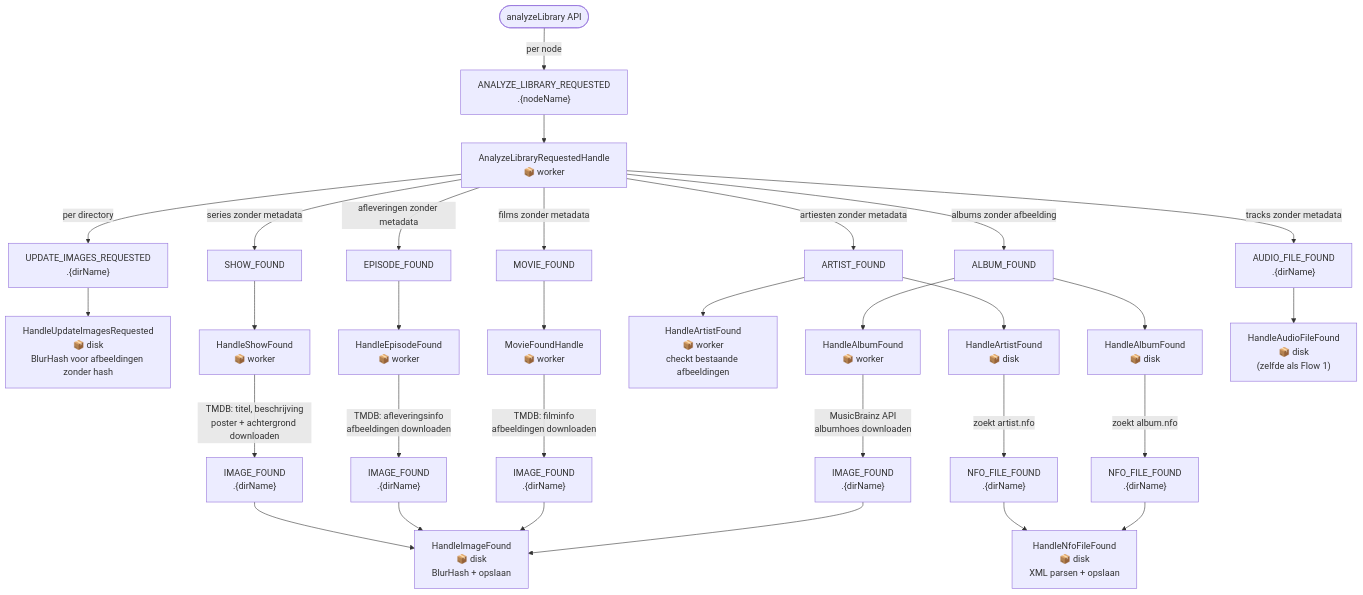
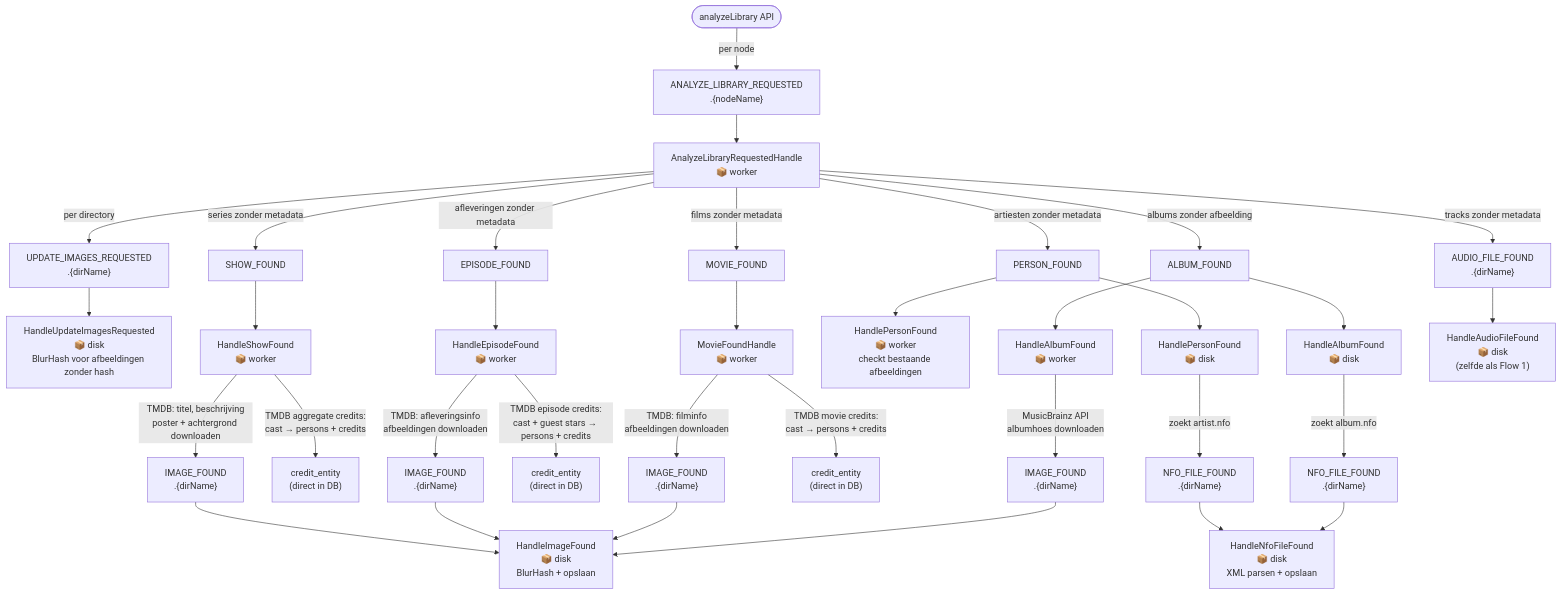
One commit to ister-app/server changed the third of 6 diagrams in EVENT_FLOWS.md. Above: the diagram before and after it, drawn with Mermaid. The commit also changed other lines of this file and 84 other files, not shown here.

First line of the commit message:
Add person support with TMDB cast credits

````diff
--- a/EVENT_FLOWS.md
+++ b/EVENT_FLOWS.md
@@ -71,40 +71,43 @@
 ```mermaid
 flowchart TD
     API([analyzeLibrary API]) -->|"per node"| A
 
     A["ANALYZE_LIBRARY_REQUESTED\n.{nodeName}"]
     A --> B["AnalyzeLibraryRequestedHandle\n📦 worker"]
 
     B -->|"per directory"| C["UPDATE_IMAGES_REQUESTED\n.{dirName}"]
     B -->|"series zonder metadata"| D["SHOW_FOUND"]
     B -->|"afleveringen zonder metadata"| E["EPISODE_FOUND"]
     B -->|"films zonder metadata"| F["MOVIE_FOUND"]
-    B -->|"artiesten zonder metadata"| G["ARTIST_FOUND"]
+    B -->|"artiesten zonder metadata"| G["PERSON_FOUND"]
     B -->|"albums zonder afbeelding"| H["ALBUM_FOUND"]
     B -->|"tracks zonder metadata"| I["AUDIO_FILE_FOUND\n.{dirName}"]
 
     C --> C1["HandleUpdateImagesRequested\n📦 disk\nBlurHash voor afbeeldingen zonder hash"]
 
     D --> D1["HandleShowFound\n📦 worker"]
     D1 -->|"TMDB: titel, beschrijving\nposter + achtergrond downloaden"| IMG1["IMAGE_FOUND\n.{dirName}"]
+    D1 -->|"TMDB aggregate credits:\ncast → persons + credits"| CR1["credit_entity\n(direct in DB)"]
 
     E --> E1["HandleEpisodeFound\n📦 worker"]
     E1 -->|"TMDB: afleveringsinfo\nafbeeldingen downloaden"| IMG2["IMAGE_FOUND\n.{dirName}"]
+    E1 -->|"TMDB episode credits:\ncast + guest stars → persons + credits"| CR2["credit_entity\n(direct in DB)"]
 
     F --> F1["MovieFoundHandle\n📦 worker"]
     F1 -->|"TMDB: filminfo\nafbeeldingen downloaden"| IMG3["IMAGE_FOUND\n.{dirName}"]
+    F1 -->|"TMDB movie credits:\ncast → persons + credits"| CR3["credit_entity\n(direct in DB)"]
 
-    G --> G1["HandleArtistFound\n📦 worker\ncheckt bestaande afbeeldingen"]
-    G --> G2["HandleArtistFound\n📦 disk"]
+    G --> G1["HandlePersonFound\n📦 worker\ncheckt bestaande afbeeldingen"]
+    G --> G2["HandlePersonFound\n📦 disk"]
     G2 -->|"zoekt artist.nfo"| NFO1["NFO_FILE_FOUND\n.{dirName}"]
 
     H --> H1["HandleAlbumFound\n📦 worker"]
     H1 -->|"MusicBrainz API\nalbumhoes downloaden"| IMG4["IMAGE_FOUND\n.{dirName}"]
     H --> H2["HandleAlbumFound\n📦 disk"]
     H2 -->|"zoekt album.nfo"| NFO2["NFO_FILE_FOUND\n.{dirName}"]
 
     I --> I1["HandleAudioFileFound\n📦 disk\n(zelfde als Flow 1)"]
 
     IMG1 & IMG2 & IMG3 & IMG4 --> FIN["HandleImageFound\n📦 disk\nBlurHash + opslaan"]
     NFO1 & NFO2 --> FIN2["HandleNfoFileFound\n📦 disk\nXML parsen + opslaan"]
 ```
````
